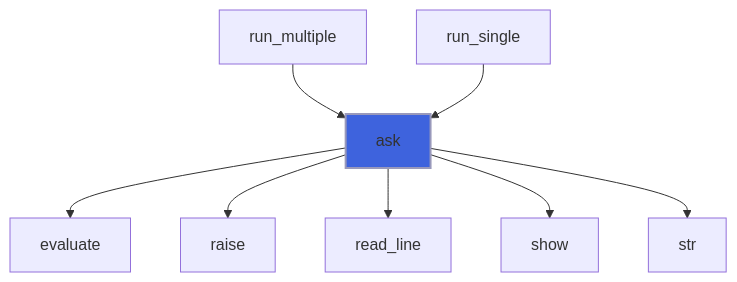
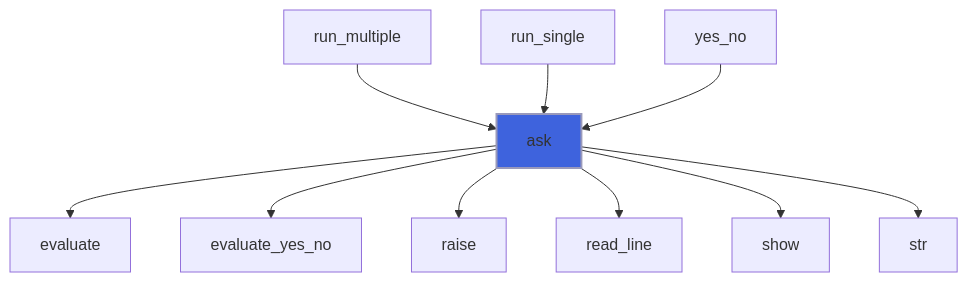
The fourth of 14 diagrams in docs/api/src/lib/flap_menu_t.md (szaghi/FLAP), drawn with Mermaid before and after one commit. The commit also changed other lines of this file and 6 other files, not shown here.

````diff
--- a/docs/api/src/lib/flap_menu_t.md
+++ b/docs/api/src/lib/flap_menu_t.md
@@ -202,11 +207,13 @@
 ```mermaid
 flowchart TD
   run_multiple["run_multiple"] --> ask["ask"]
   run_single["run_single"] --> ask["ask"]
+  yes_no["yes_no"] --> ask["ask"]
   ask["ask"] --> evaluate["evaluate"]
+  ask["ask"] --> evaluate_yes_no["evaluate_yes_no"]
   ask["ask"] --> raise["raise"]
   ask["ask"] --> read_line["read_line"]
   ask["ask"] --> show["show"]
   ask["ask"] --> str["str"]
   style ask fill:#3e63dd,stroke:#99b,stroke-width:2px
 ```
````
